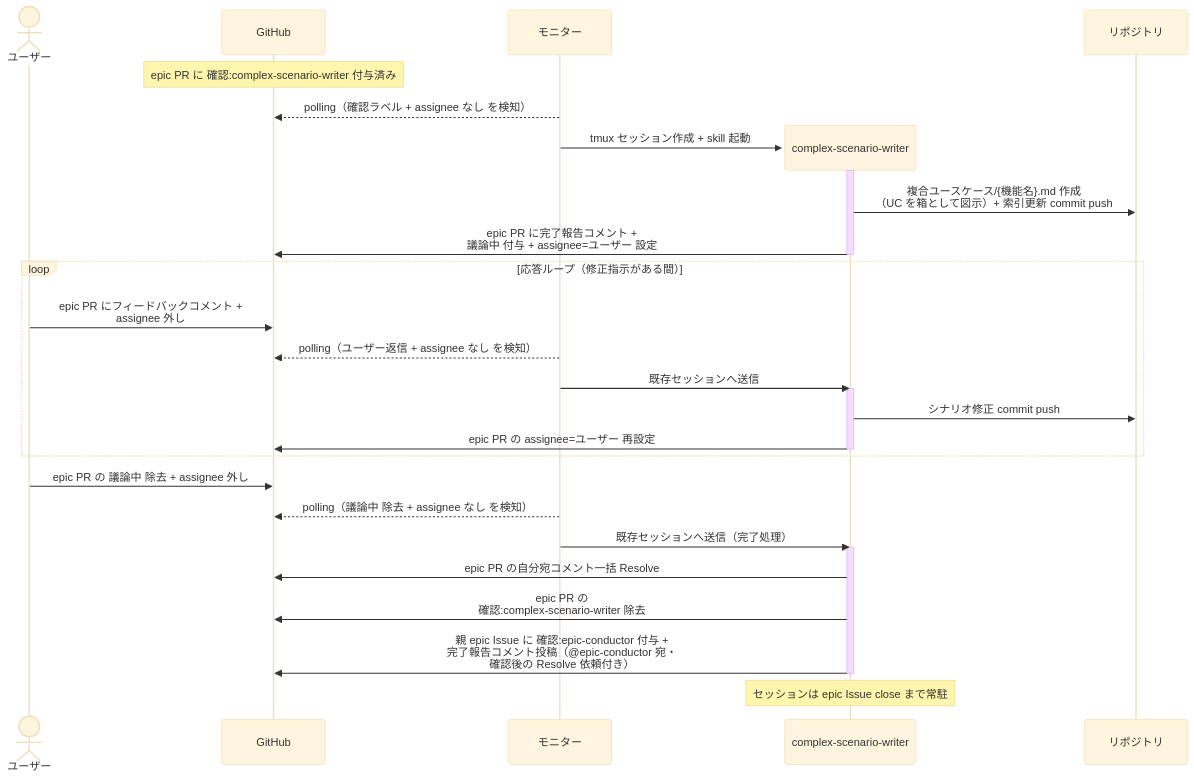
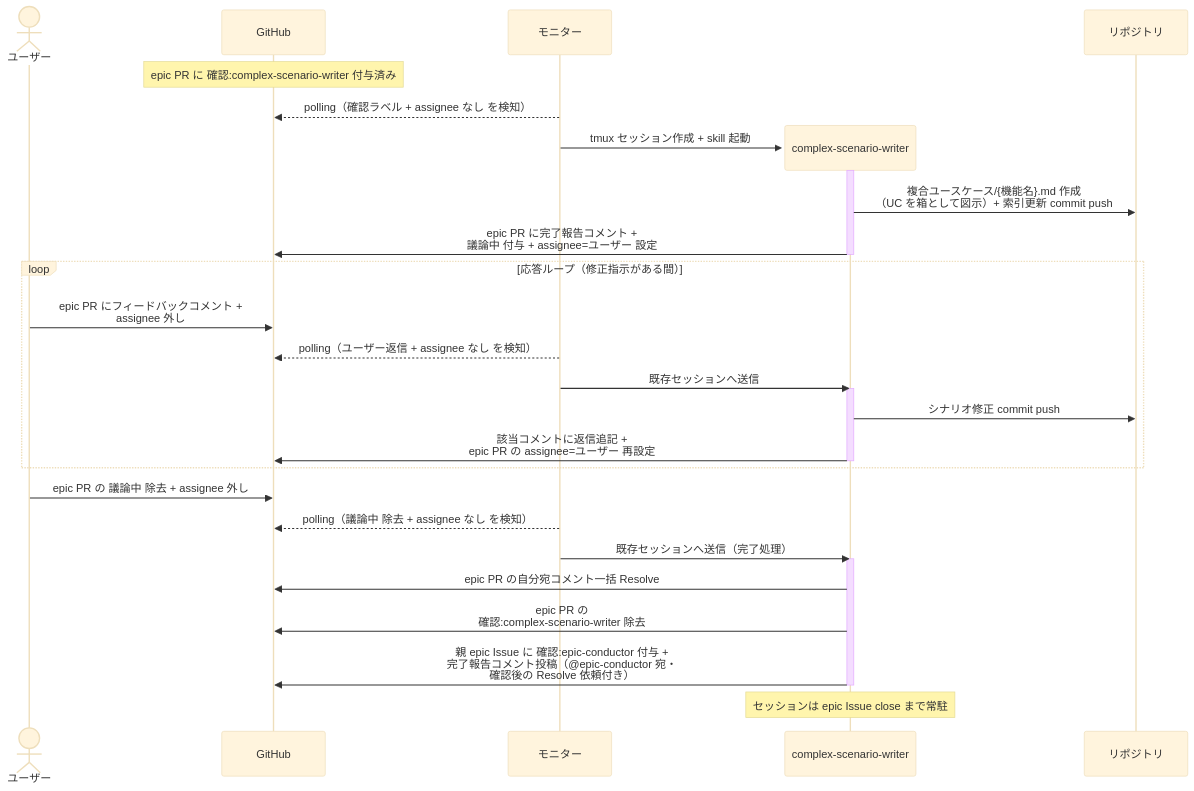
The diagram in docs/wiki/設計図/シナリオ/単一ユースケース/複合シナリオ設計.md (shuhei1101/ai-monitor), drawn with Mermaid (base theme) before and after one commit. The commit also changed 8 other files, not shown here.

````diff
--- a/docs/wiki/設計図/シナリオ/単一ユースケース/複合シナリオ設計.md
+++ b/docs/wiki/設計図/シナリオ/単一ユースケース/複合シナリオ設計.md
@@ -21,36 +21,36 @@
 ```mermaid
 sequenceDiagram
   actor U as ユーザー
   participant GH as GitHub
   participant ORC as モニター
 
   Note over GH: epic PR に 確認:complex-scenario-writer 付与済み
   ORC-->>GH: polling（確認ラベル + assignee なし を検知）
   create participant MON as complex-scenario-writer
   ORC->>MON: tmux セッション作成 + skill 起動
   participant REPO as リポジトリ
   activate MON
   MON->>REPO: 複合ユースケース/{機能名}.md 作成<br>（UC を箱として図示）+ 索引更新 commit push
   MON->>GH: epic PR に完了報告コメント +<br>議論中 付与 + assignee=ユーザー 設定
   deactivate MON
 
   loop 応答ループ（修正指示がある間）
     U->>GH: epic PR にフィードバックコメント +<br>assignee 外し
     ORC-->>GH: polling（ユーザー返信 + assignee なし を検知）
     ORC->>MON: 既存セッションへ送信
     activate MON
     MON->>REPO: シナリオ修正 commit push
-    MON->>GH: epic PR の assignee=ユーザー 再設定
+    MON->>GH: 該当コメントに返信追記 +<br>epic PR の assignee=ユーザー 再設定
     deactivate MON
   end
 
   U->>GH: epic PR の 議論中 除去 + assignee 外し
   ORC-->>GH: polling（議論中 除去 + assignee なし を検知）
   ORC->>MON: 既存セッションへ送信（完了処理）
   activate MON
   MON->>GH: epic PR の自分宛コメント一括 Resolve
   MON->>GH: epic PR の<br>確認:complex-scenario-writer 除去
   MON->>GH: 親 epic Issue に 確認:epic-conductor 付与 +<br>完了報告コメント投稿（@epic-conductor 宛・<br>確認後の Resolve 依頼付き）
   deactivate MON
   Note over MON: セッションは epic Issue close まで常駐
 ```
````
